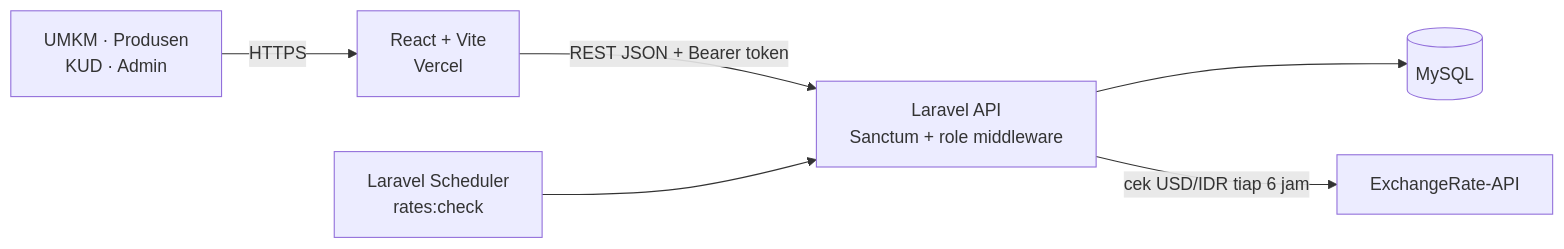
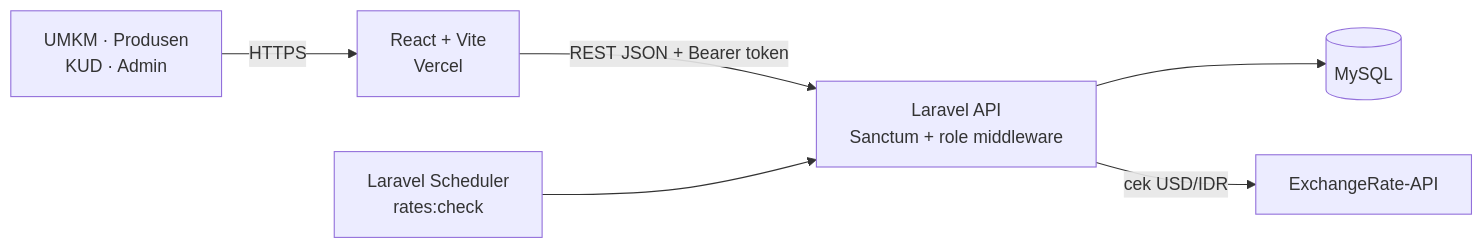
One commit to agnigaluhev-svg/lokalchain-api changed the diagram in README.md. Above: the diagram before and after it, drawn with Mermaid. The commit also changed other lines of this file and 1 other file, not shown here.

````diff
--- a/README.md
+++ b/README.md
@@ -89,8 +133,8 @@
 ```mermaid
 flowchart LR
     U[UMKM · Produsen<br/>KUD · Admin] -->|HTTPS| FE[React + Vite<br/>Vercel]
     FE -->|REST JSON + Bearer token| API[Laravel API<br/>Sanctum + role middleware]
     API --> DB[(MySQL)]
-    API -->|cek USD/IDR tiap 6 jam| EXT[ExchangeRate-API]
+    API -->|cek USD/IDR| EXT[ExchangeRate-API]
     SCH[Laravel Scheduler<br/>rates:check] --> API
 ```
````
